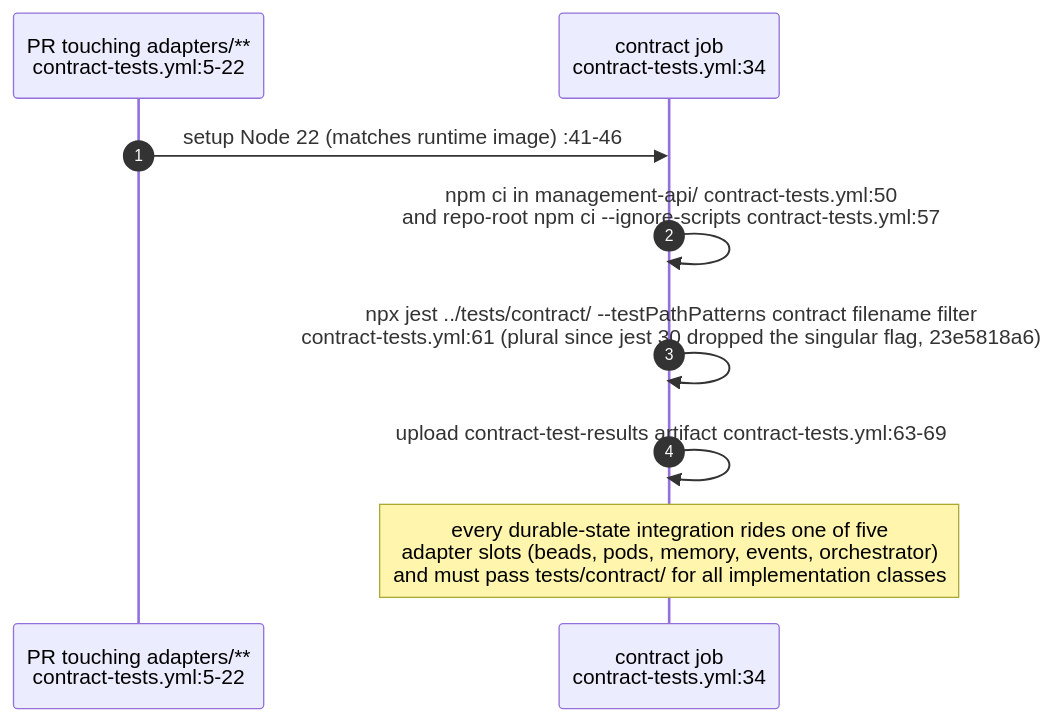
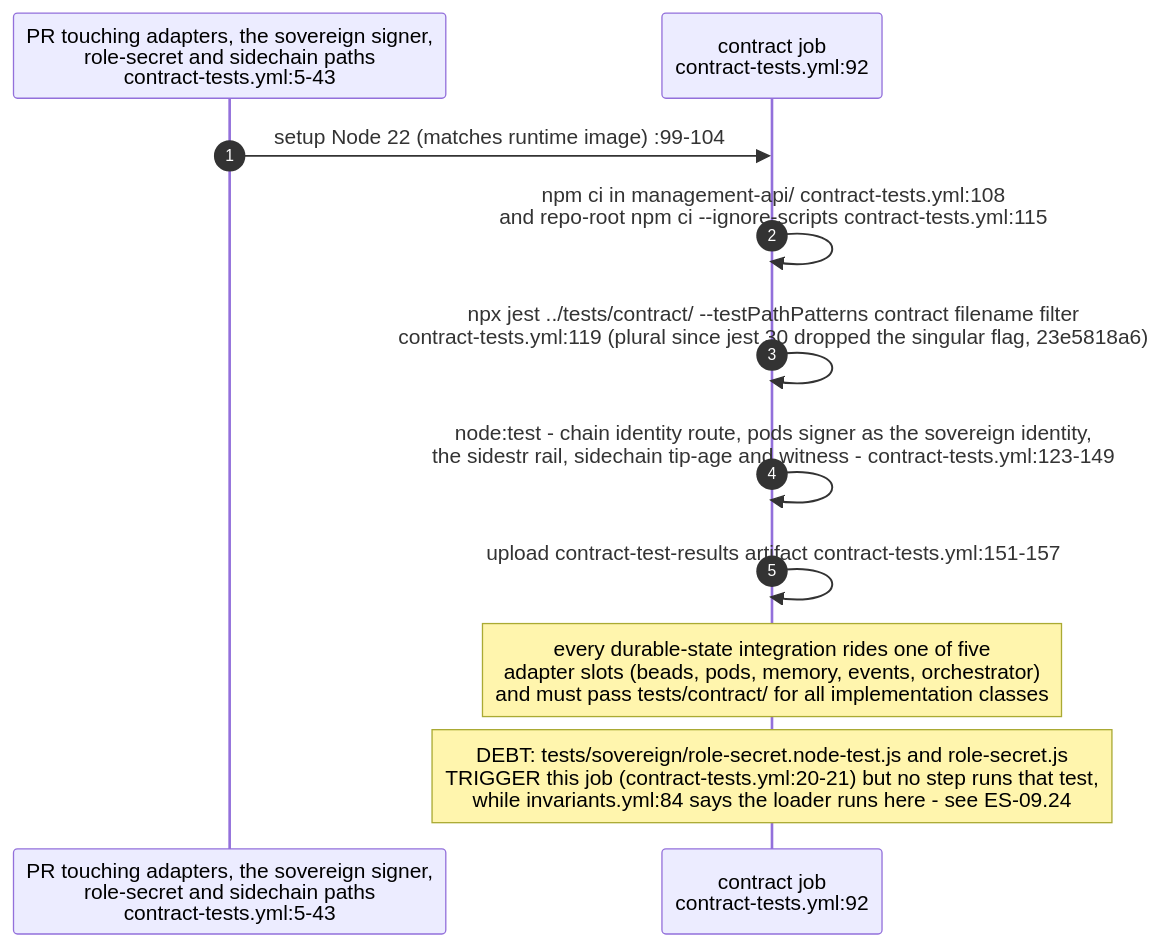
Diagram 16 of 24 in docs/diagrams/estate/09-build-deploy-and-ci-estate.md (DreamLab-AI/VisionFlow), drawn with Mermaid before and after one commit. The commit also changed other lines of this file and 14 other files, not shown here.

First line of the commit message:
docs(diagrams): custody role isolation — new AB-36, re-stamp 11 topics at the custody integration head

````diff
--- a/docs/diagrams/estate/09-build-deploy-and-ci-estate.md
+++ b/docs/diagrams/estate/09-build-deploy-and-ci-estate.md
@@ -577,12 +592,14 @@
 ```mermaid
 sequenceDiagram
     autonumber
-    participant GH as PR touching adapters/**<br/>contract-tests.yml:5-22
-    participant C as contract job<br/>contract-tests.yml:34
+    participant GH as PR touching adapters, the sovereign signer,<br/>role-secret and sidechain paths<br/>contract-tests.yml:5-43
+    participant C as contract job<br/>contract-tests.yml:92
 
-    GH->>C: setup Node 22 (matches runtime image) :41-46
-    C->>C: npm ci in management-api/ contract-tests.yml:50<br/>and repo-root npm ci --ignore-scripts contract-tests.yml:57
-    C->>C: npx jest ../tests/contract/ --testPathPatterns contract filename filter<br/>contract-tests.yml:61 (plural since jest 30 dropped the singular flag, 23e5818a6)
-    C->>C: upload contract-test-results artifact contract-tests.yml:63-69
+    GH->>C: setup Node 22 (matches runtime image) :99-104
+    C->>C: npm ci in management-api/ contract-tests.yml:108<br/>and repo-root npm ci --ignore-scripts contract-tests.yml:115
+    C->>C: npx jest ../tests/contract/ --testPathPatterns contract filename filter<br/>contract-tests.yml:119 (plural since jest 30 dropped the singular flag, 23e5818a6)
+    C->>C: node:test - chain identity route, pods signer as the sovereign identity,<br/>the sidestr rail, sidechain tip-age and witness - contract-tests.yml:123-149
+    C->>C: upload contract-test-results artifact contract-tests.yml:151-157
     Note over C: every durable-state integration rides one of five<br/>adapter slots (beads, pods, memory, events, orchestrator)<br/>and must pass tests/contract/ for all implementation classes
+    Note over C: DEBT: tests/sovereign/role-secret.node-test.js and role-secret.js<br/>TRIGGER this job (contract-tests.yml:20-21) but no step runs that test,<br/>while invariants.yml:84 says the loader runs here - see ES-09.24
 ```
````
